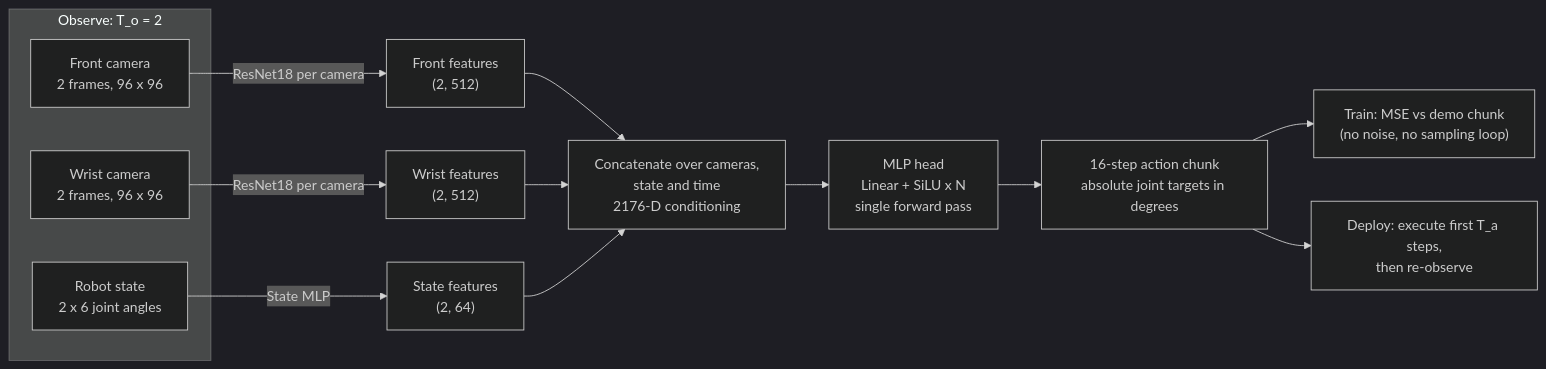
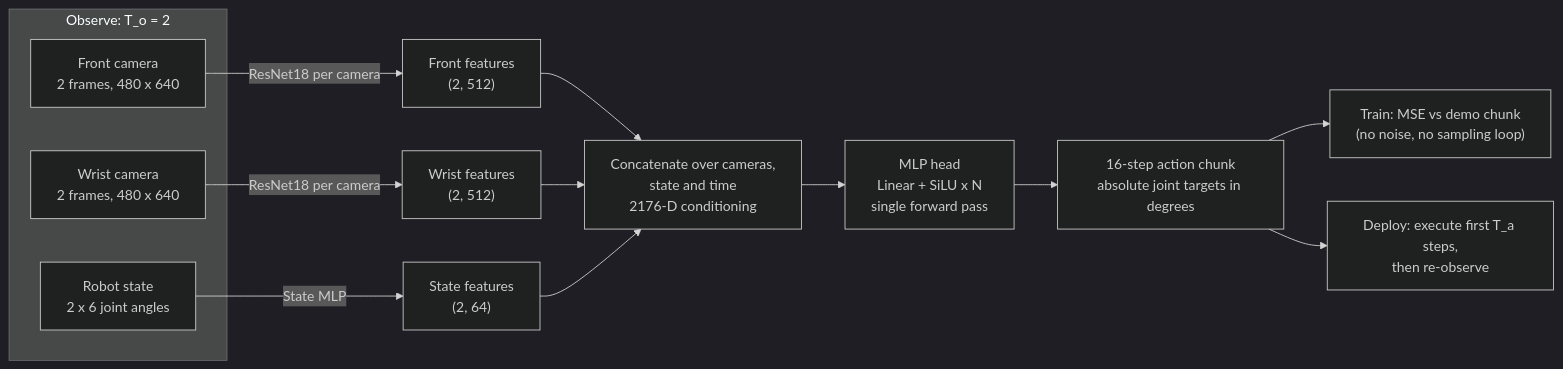
One commit to yeeegem/multimodal-manipulation-benchmark changed the second of 2 diagrams in README.md. Above: the diagram before and after it, drawn with Mermaid (dark theme). The commit also changed other lines of this file, not shown here.

````diff
--- a/README.md
+++ b/README.md
@@ -107,21 +97,21 @@
 ```mermaid
 flowchart LR
   subgraph Observe["Observe: T_o = 2"]
-    Front["Front camera<br/>2 frames, 96 x 96"]
-    Wrist["Wrist camera<br/>2 frames, 96 x 96"]
+    Front["Front camera<br/>2 frames, 480 x 640"]
+    Wrist["Wrist camera<br/>2 frames, 480 x 640"]
     State["Robot state<br/>2 x 6 joint angles"]
   end
 
   Front -->|ResNet18 per camera| F["Front features<br/>(2, 512)"]
   Wrist -->|ResNet18 per camera| W["Wrist features<br/>(2, 512)"]
   State -->|State MLP| S["State features<br/>(2, 64)"]
 
   F --> C["Concatenate over cameras,<br/>state and time<br/>2176-D conditioning"]
   W --> C
   S --> C
 
   C --> MLP["MLP head<br/>Linear + SiLU x N<br/>single forward pass"]
   MLP --> Out["16-step action chunk<br/>absolute joint targets in degrees"]
   Out --> Loss["Train: MSE vs demo chunk<br/>(no noise, no sampling loop)"]
   Out --> Exec["Deploy: execute first T_a steps,<br/>then re-observe"]
 ```
````
